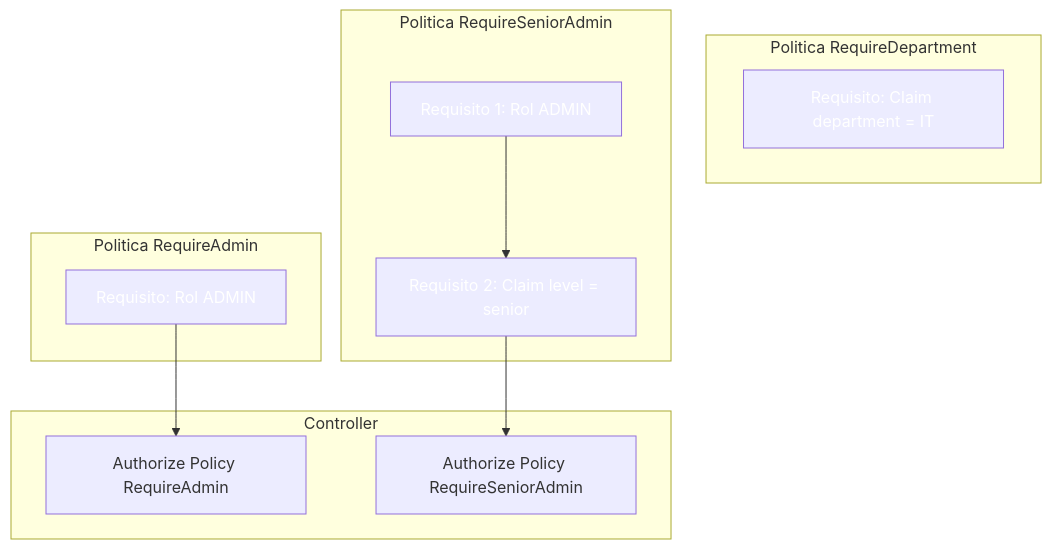
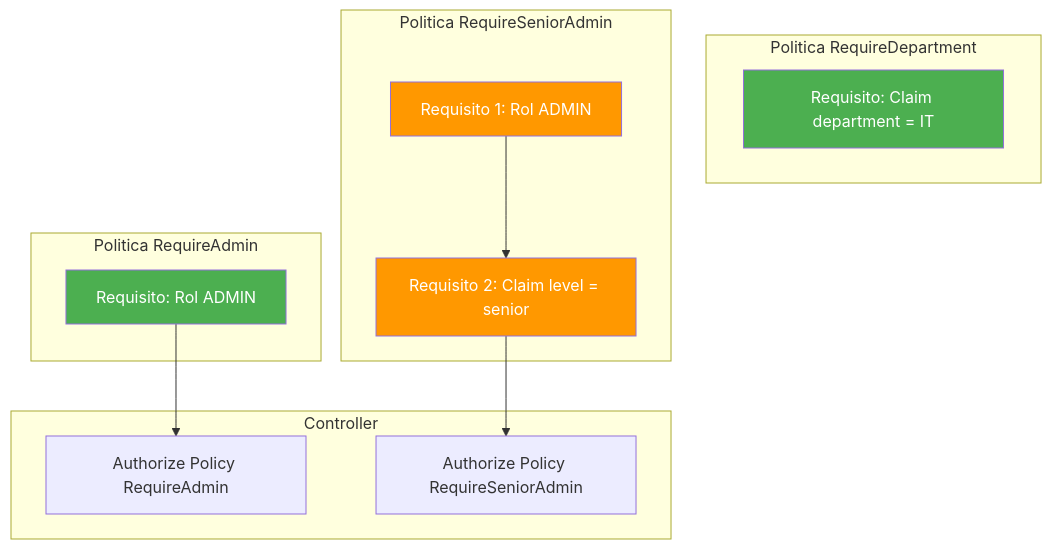
One commit to joseluisgs/DesarrolloWebEntornosServidor-02-2026-2027 changed the ninth of 14 diagrams in 17-autorizacion.md. Above: the diagram before and after it, drawn with Mermaid. The commit also changed other lines of this file and 29 other files, not shown here.

Commit message:
docs: corregir estilos Mermaid y estilo, quitar referencias a la Tienda y reestructurar los retos 13 y 15

````diff
--- a/17-autorizacion.md
+++ b/17-autorizacion.md
@@ -347,29 +347,29 @@
 ```mermaid
 flowchart TD
     subgraph "Politica RequireAdmin"
         R1["Requisito: Rol ADMIN"]
     end
 
     subgraph "Politica RequireDepartment"
         R2["Requisito: Claim department = IT"]
     end
 
     subgraph "Politica RequireSeniorAdmin"
         R3["Requisito 1: Rol ADMIN"]
         R4["Requisito 2: Claim level = senior"]
         R3 --> R4
     end
 
     subgraph "Controller"
         C1["Authorize Policy RequireAdmin"]
         C2["Authorize Policy RequireSeniorAdmin"]
     end
 
     R1 --> C1
     R4 --> C2
 
-    style R1 fill:#4CAF5,color:#fff0,color:#fff
-    style R2 fill:#4CAF5,color:#fff0,color:#fff
-    style R3 fill:#FF980,color:#fff0,color:#fff
-    style R4 fill:#FF980,color:#fff0,color:#fff
+    style R1 fill:#4CAF50,color:#fff
+    style R2 fill:#4CAF50,color:#fff
+    style R3 fill:#FF9800,color:#fff
+    style R4 fill:#FF9800,color:#fff
 ```
````
